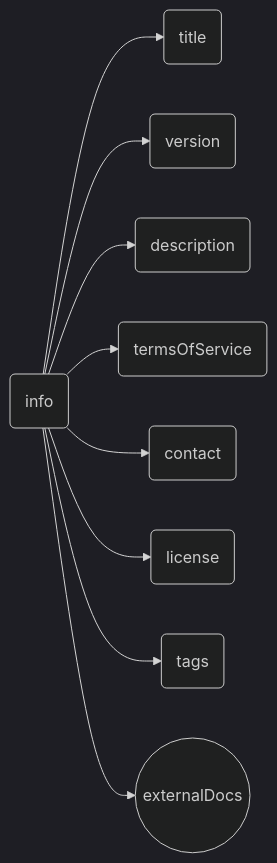
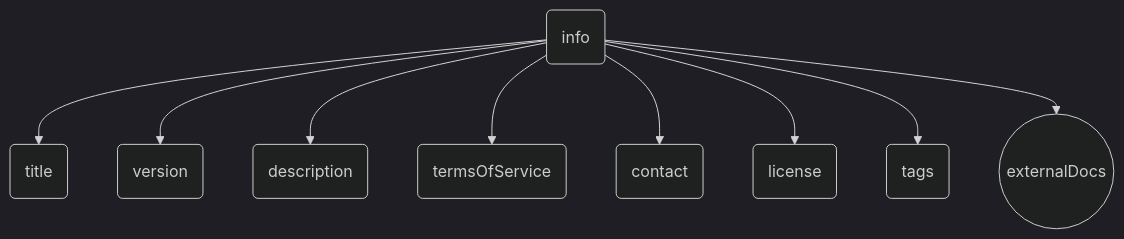
Before and after one commit to asyncapi/website: the second of 6 diagrams in pages/docs/concepts/asyncapi-document/structure.md, drawn with Mermaid (dark theme). The commit also changed other lines of this file, not shown here.

Commit message:
Update diagram orientation

````diff
--- a/pages/docs/concepts/asyncapi-document/structure.md
+++ b/pages/docs/concepts/asyncapi-document/structure.md
@@ -44,21 +44,21 @@
 ```mermaid
-graph LR
+graph
   B(info)
   C(title)
   D(version)
   E(description)
   F(termsOfService)
   G(contact)
   J(license)
   M(tags)
   P((externalDocs))
 
   B --> C
   B --> D
   B --> E
   B --> F
   B --> G
   B --> J
   B --> M
   B --> P
 ```
````
